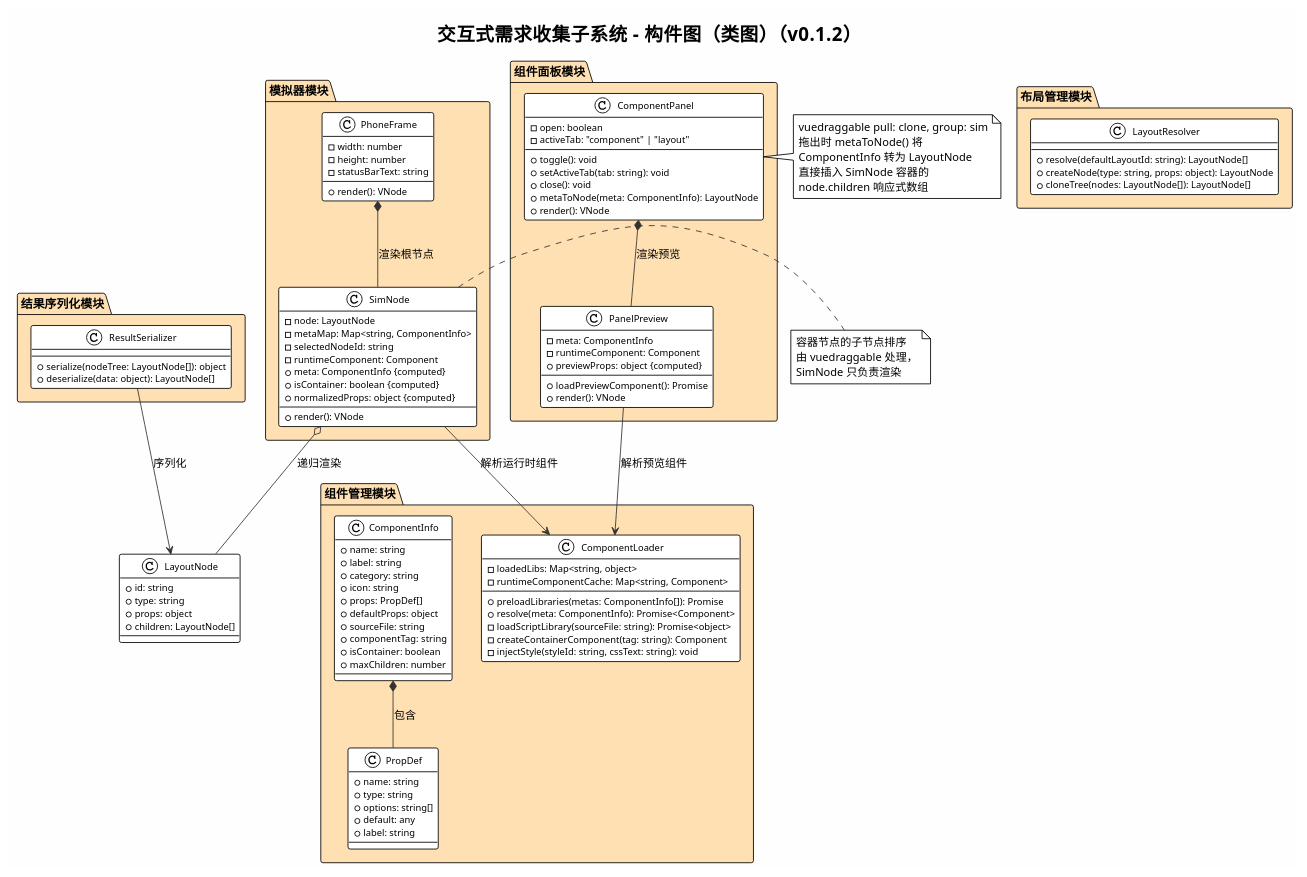
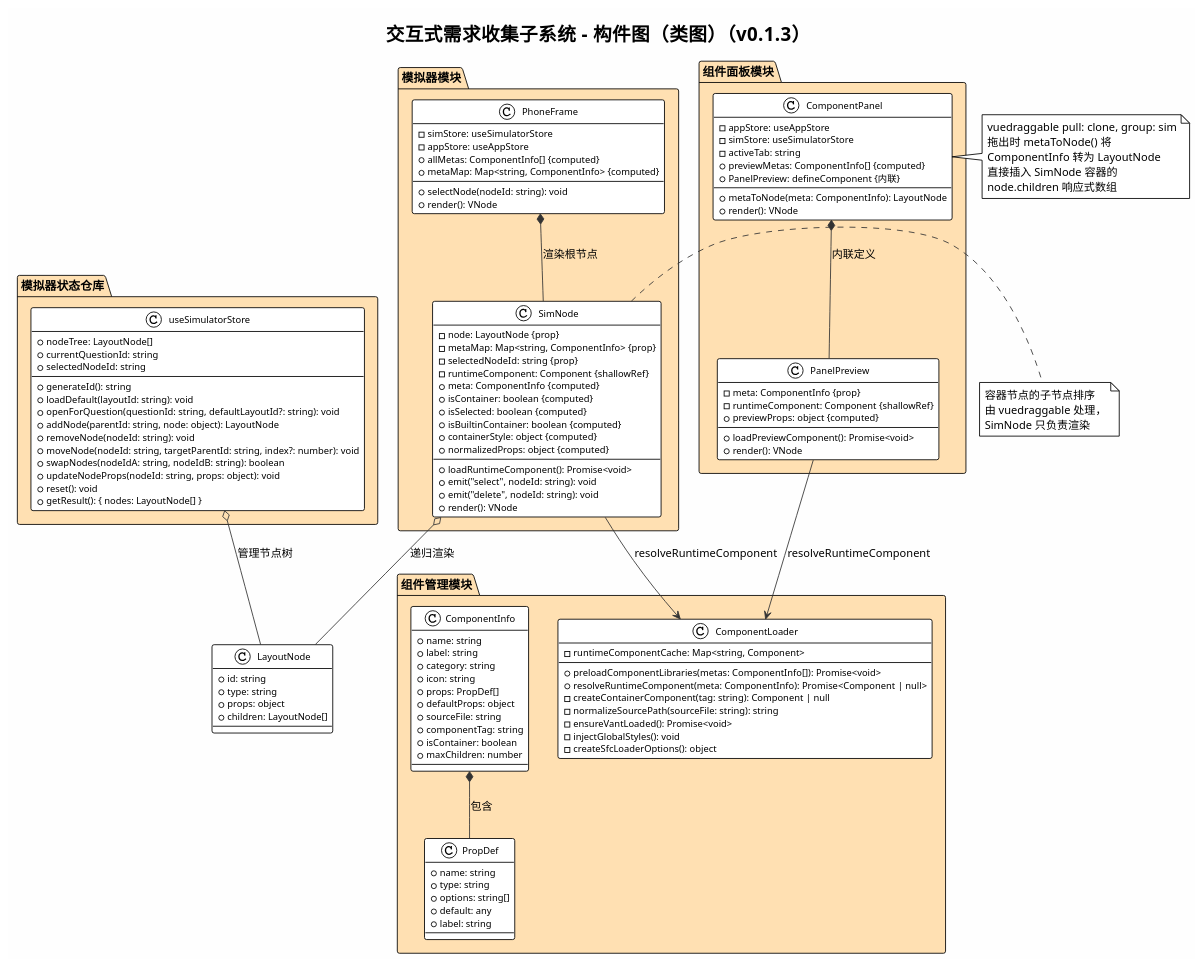
Before and after one commit to 24-Fahed/frontend_requirements_tool: the diagram in docs/images/interactive_class_diagram.puml, drawn with PlantUML. The commit also changed 54 other files, not shown here.

First line of the commit message:
feat: release v0.1.3 - Vue SFC component loading and preview mode

```diff
--- a/docs/images/interactive_class_diagram.puml
+++ b/docs/images/interactive_class_diagram.puml
@@ -1,146 +1,156 @@
 @startuml 交互式需求收集子系统_类图
 !theme plain
 skinparam backgroundColor #FEFEFE
 skinparam defaultFontName SimHei
 skinparam NoteFontName SimHei
 skinparam PackageFontName SimHei
 skinparam ClassFontName SimHei
 skinparam TitleFontName SimHei
 skinparam LegendFontName SimHei
 skinparam ArrowColor #333333
 skinparam ClassFontSize 12
 skinparam ClassAttributeFontSize 11
 skinparam ClassMethodFontSize 11
 
-title 交互式需求收集子系统 - 构件图（类图）（v0.1.2）
+title 交互式需求收集子系统 - 构件图（类图）（v0.1.3）
 
 ' === 模拟器模块 ===
 package "模拟器模块" as MOD_SIM #FFE0B2 {
 
   class PhoneFrame {
-    - width: number
-    - height: number
-    - statusBarText: string
+    - simStore: useSimulatorStore
+    - appStore: useAppStore
+    + allMetas: ComponentInfo[] {computed}
+    + metaMap: Map<string, ComponentInfo> {computed}
+    + selectNode(nodeId: string): void
     + render(): VNode
   }
 
   class SimNode {
-    - node: LayoutNode
-    - metaMap: Map<string, ComponentInfo>
-    - selectedNodeId: string
-    - runtimeComponent: Component
+    - node: LayoutNode {prop}
+    - metaMap: Map<string, ComponentInfo> {prop}
+    - selectedNodeId: string {prop}
+    - runtimeComponent: Component {shallowRef}
     + meta: ComponentInfo {computed}
     + isContainer: boolean {computed}
+    + isSelected: boolean {computed}
+    + isBuiltinContainer: boolean {computed}
+    + containerStyle: object {computed}
     + normalizedProps: object {computed}
+    + loadRuntimeComponent(): Promise<void>
+    + emit("select", nodeId: string): void
+    + emit("delete", nodeId: string): void
     + render(): VNode
   }
 }
 
 ' === 组件面板模块 ===
 package "组件面板模块" as MOD_PANEL #FFE0B2 {
 
   class ComponentPanel {
-    - open: boolean
-    - activeTab: "component" | "layout"
-    + toggle(): void
-    + setActiveTab(tab: string): void
-    + close(): void
+    - appStore: useAppStore
+    - simStore: useSimulatorStore
+    - activeTab: string
+    + previewMetas: ComponentInfo[] {computed}
     + metaToNode(meta: ComponentInfo): LayoutNode
+    + PanelPreview: defineComponent {内联}
     + render(): VNode
   }
 
   class PanelPreview {
-    - meta: ComponentInfo
-    - runtimeComponent: Component
+    - meta: ComponentInfo {prop}
+    - runtimeComponent: Component {shallowRef}
     + previewProps: object {computed}
-    + loadPreviewComponent(): Promise
+    + loadPreviewComponent(): Promise<void>
     + render(): VNode
   }
 }
 
 ' === 组件管理模块 ===
 package "组件管理模块" as MOD_COMP #FFE0B2 {
 
   class ComponentLoader {
-    - loadedLibs: Map<string, object>
     - runtimeComponentCache: Map<string, Component>
-    + preloadLibraries(metas: ComponentInfo[]): Promise
-    + resolve(meta: ComponentInfo): Promise<Component>
-    - loadScriptLibrary(sourceFile: string): Promise<object>
-    - createContainerComponent(tag: string): Component
-    - injectStyle(styleId: string, cssText: string): void
+    + preloadComponentLibraries(metas: ComponentInfo[]): Promise<void>
+    + resolveRuntimeComponent(meta: ComponentInfo): Promise<Component | null>
+    - createContainerComponent(tag: string): Component | null
+    - normalizeSourcePath(sourceFile: string): string
+    - ensureVantLoaded(): Promise<void>
+    - injectGlobalStyles(): void
+    - createSfcLoaderOptions(): object
   }
 
   class ComponentInfo {
     + name: string
     + label: string
     + category: string
     + icon: string
     + props: PropDef[]
     + defaultProps: object
     + sourceFile: string
     + componentTag: string
     + isContainer: boolean
     + maxChildren: number
   }
 
   class PropDef {
     + name: string
     + type: string
     + options: string[]
     + default: any
     + label: string
   }
 }
 
-' === 布局管理模块 ===
-package "布局管理模块" as MOD_LAYOUT #FFE0B2 {
+' === 模拟器状态仓库 ===
+package "模拟器状态仓库" as MOD_STORE #FFE0B2 {
 
-  class LayoutResolver {
-    + resolve(defaultLayoutId: string): LayoutNode[]
-    + createNode(type: string, props: object): LayoutNode
-    + cloneTree(nodes: LayoutNode[]): LayoutNode[]
-  }
-}
-
-' === 结果序列化模块 ===
-package "结果序列化模块" as MOD_SER #FFE0B2 {
-
-  class ResultSerializer {
-    + serialize(nodeTree: LayoutNode[]): object
-    + deserialize(data: object): LayoutNode[]
+  class useSimulatorStore {
+    + nodeTree: LayoutNode[]
+    + currentQuestionId: string
+    + selectedNodeId: string
+    + generateId(): string
+    + loadDefault(layoutId: string): void
+    + openForQuestion(questionId: string, defaultLayoutId?: string): void
+    + addNode(parentId: string, node: object): LayoutNode
+    + removeNode(nodeId: string): void
+    + moveNode(nodeId: string, targetParentId: string, index?: number): void
+    + swapNodes(nodeIdA: string, nodeIdB: string): boolean
+    + updateNodeProps(nodeId: string, props: object): void
+    + reset(): void
+    + getResult(): { nodes: LayoutNode[] }
   }
 }
 
 ' === 通用数据类 ===
 class LayoutNode {
   + id: string
   + type: string
   + props: object
   + children: LayoutNode[]
 }
 
 ' === 关系 ===
 PhoneFrame *-- SimNode : 渲染根节点
 SimNode o-- LayoutNode : 递归渲染
-SimNode --> ComponentLoader : 解析运行时组件
-ComponentPanel *-- PanelPreview : 渲染预览
-PanelPreview --> ComponentLoader : 解析预览组件
+SimNode --> ComponentLoader : resolveRuntimeComponent
+ComponentPanel *-- PanelPreview : 内联定义
+PanelPreview --> ComponentLoader : resolveRuntimeComponent
 ComponentInfo *-- PropDef : 包含
-ResultSerializer --> LayoutNode : 序列化
+useSimulatorStore o-- LayoutNode : 管理节点树
 
 note right of SimNode
   容器节点的子节点排序
   由 vuedraggable 处理，
   SimNode 只负责渲染
 end note
 
 note right of ComponentPanel
   vuedraggable pull: clone, group: sim
   拖出时 metaToNode() 将
   ComponentInfo 转为 LayoutNode
   直接插入 SimNode 容器的
   node.children 响应式数组
 end note
 
 @enduml
```
